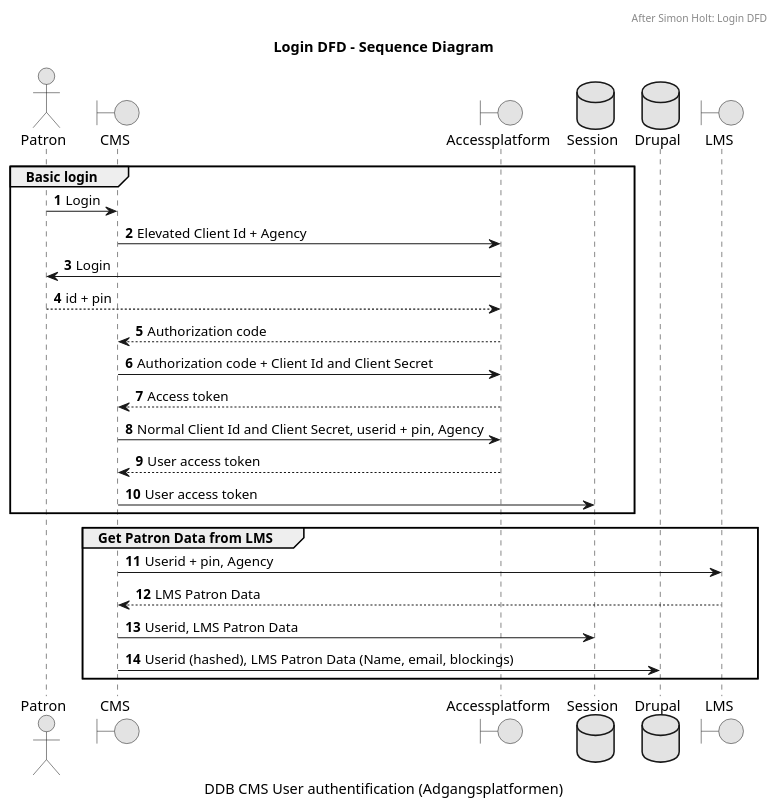
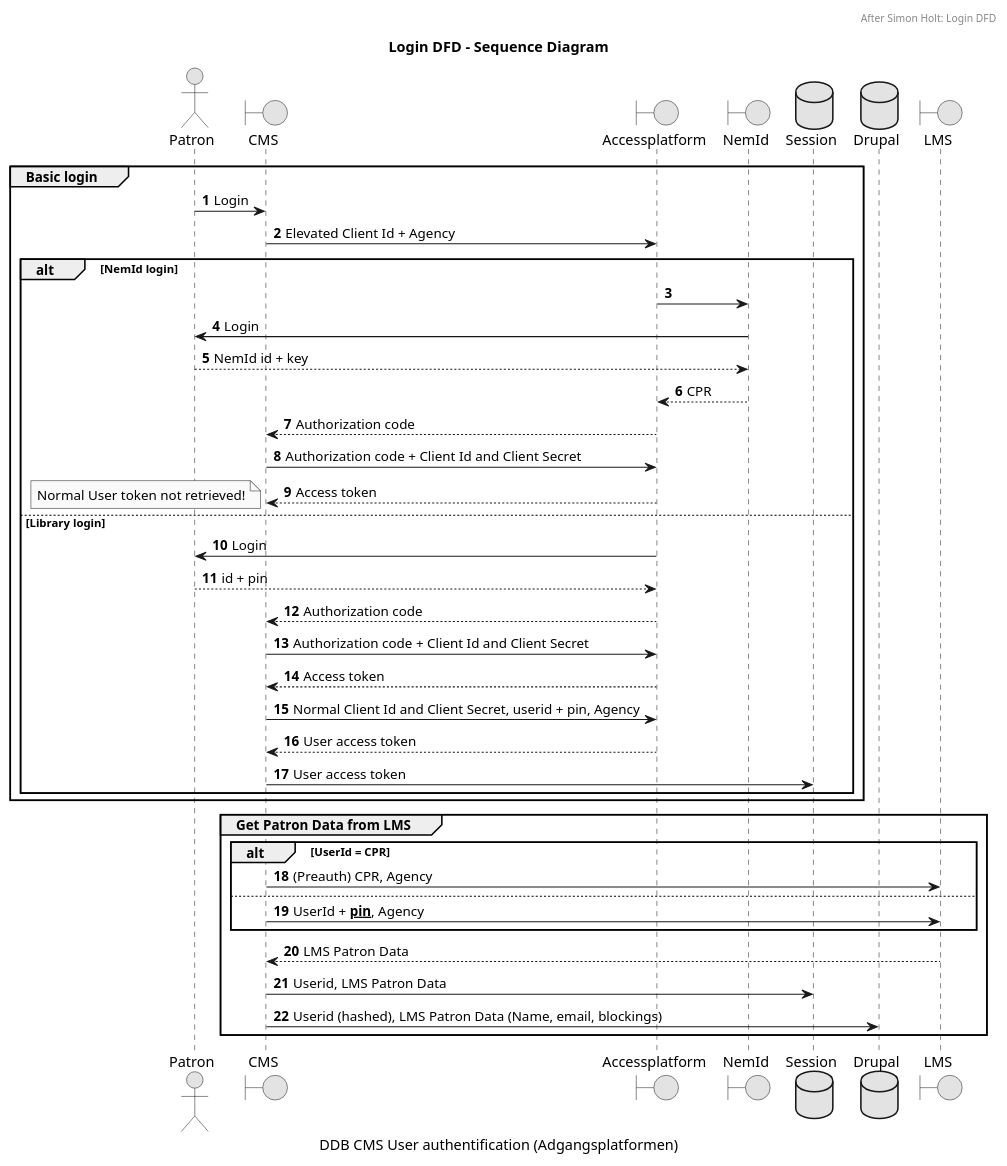
Before and after one commit to danskernesdigitalebibliotek/plantuml: the diagram in docs/sso/login-dfd.puml, drawn with PlantUML.

Commit message:
Update login-dfd.puml
NemId added

```diff
--- a/docs/sso/login-dfd.puml
+++ b/docs/sso/login-dfd.puml
@@ -1,52 +1,61 @@
 @startuml
 title Login DFD - Sequence Diagram
 header After Simon Holt: Login DFD
 caption DDB CMS User authentification (Adgangsplatformen)
 
 ' Skinparams '
 skinparam monochrome true
 autonumber
 
 actor "Patron" as USER
 boundary CMS
 boundary Accessplatform as AP
+boundary NemId as NEMID
 'control "Shopping Cart" as SC
-
 database "Session" as SESSION
 database "Drupal" as DRUPAL
 boundary LMS
 '"Library\nManagemt\nSystem" as LMS
 
+
 group Basic login
 
-USER -> CMS: Login
-CMS -> AP: Elevated Client Id + Agency
-AP -> USER: Login
-AP <-- USER: id + pin
-CMS <-- AP: Authorization code
-
-CMS -> AP: Authorization code + Client Id and Client Secret
-CMS <-- AP: Access token
-
-
-CMS -> AP: Normal Client Id and Client Secret, userid + pin, Agency
-CMS <-- AP: User access token
-
-CMS -> SESSION: User access token
-
+    USER -> CMS: Login
+    CMS -> AP: Elevated Client Id + Agency
+    
+    alt NemId login
+        AP -> NEMID:
+        NEMID -> USER: Login
+        NEMID <-- USER: NemId id + key
+        AP <-- NEMID: CPR
+        CMS <-- AP: Authorization code
+        CMS -> AP:  Authorization code + Client Id and Client Secret
+        CMS <-- AP: Access token
+        note left 
+            Normal User token not retrieved!
+        end note
+    else Library login
+        AP -> USER: Login
+        AP  <-- USER: id + pin
+        CMS <-- AP: Authorization code
+        CMS -> AP:  Authorization code + Client Id and Client Secret
+        CMS <-- AP: Access token
+        CMS -> AP:  Normal Client Id and Client Secret, userid + pin, Agency
+        CMS <-- AP: User access token
+        CMS -> SESSION: User access token
+    
+    end
 end
-'newpage Get Patron Data
 
 group Get Patron Data from LMS
-
-CMS -> LMS: Userid + pin, Agency
-CMS <-- LMS: LMS Patron Data
-
-CMS -> SESSION: Userid, LMS Patron Data
-
-CMS -> DRUPAL: Userid (hashed), LMS Patron Data (Name, email, blockings)
-
-
+    alt UserId = CPR
+        CMS -> LMS: (Preauth) CPR, Agency
+    else
+        CMS -> LMS: UserId + **~~pin~~**, Agency
+    end
+    CMS <-- LMS: LMS Patron Data
+    CMS -> SESSION: Userid, LMS Patron Data
+    CMS -> DRUPAL: Userid (hashed), LMS Patron Data (Name, email, blockings)
 end
 
 @enduml
```
